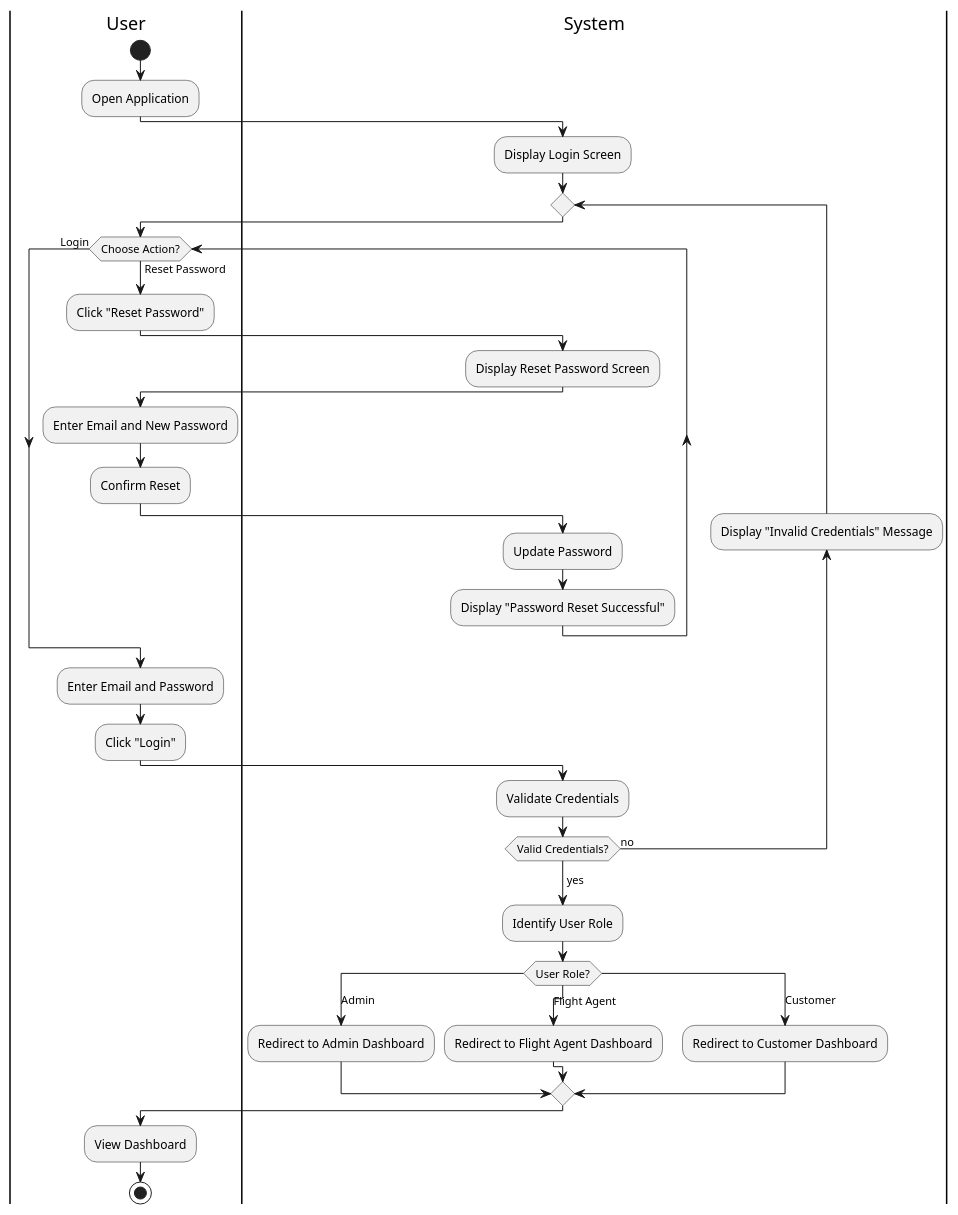
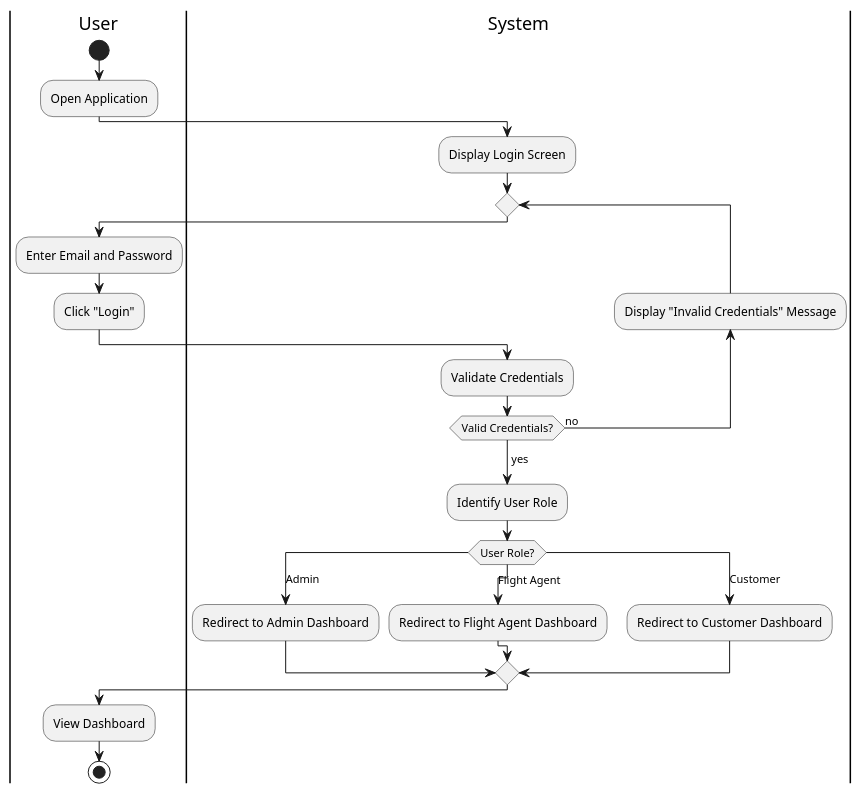
Before and after one commit to camdnnn/614-Project: the diagram in docs/diagrams/activity/login.puml, drawn with PlantUML. The commit also changed 1 other file, not shown here.

Commit message:
update login activity diagram

```diff
--- a/docs/diagrams/activity/login.puml
+++ b/docs/diagrams/activity/login.puml
@@ -1,49 +1,36 @@
 @startuml login_activity
 
 |User|
 start
 :Open Application;
 
 |System|
 :Display Login Screen;
 
 repeat
-  |User|
-  while (Choose Action?) is (Reset Password)
-    :Click "Reset Password";
-    |System|
-    :Display Reset Password Screen;
-    |User|
-    :Enter Email and New Password;
-    :Confirm Reset;
-    |System|
-    :Update Password;
-    :Display "Password Reset Successful";
-  endwhile (Login)
-
   |User|
   :Enter Email and Password;
   :Click "Login";
 
   |System|
   :Validate Credentials;
 
   backward:Display "Invalid Credentials" Message;
   repeat while (Valid Credentials?) is (no)
   ->yes;
   :Identify User Role;
 
   switch(User Role?)
   case (Admin)
     :Redirect to Admin Dashboard;
   case (Flight Agent)
     :Redirect to Flight Agent Dashboard;
   case (Customer)
     :Redirect to Customer Dashboard;
   endswitch
 
 |User|
 :View Dashboard;
 stop
 
 @enduml
```
